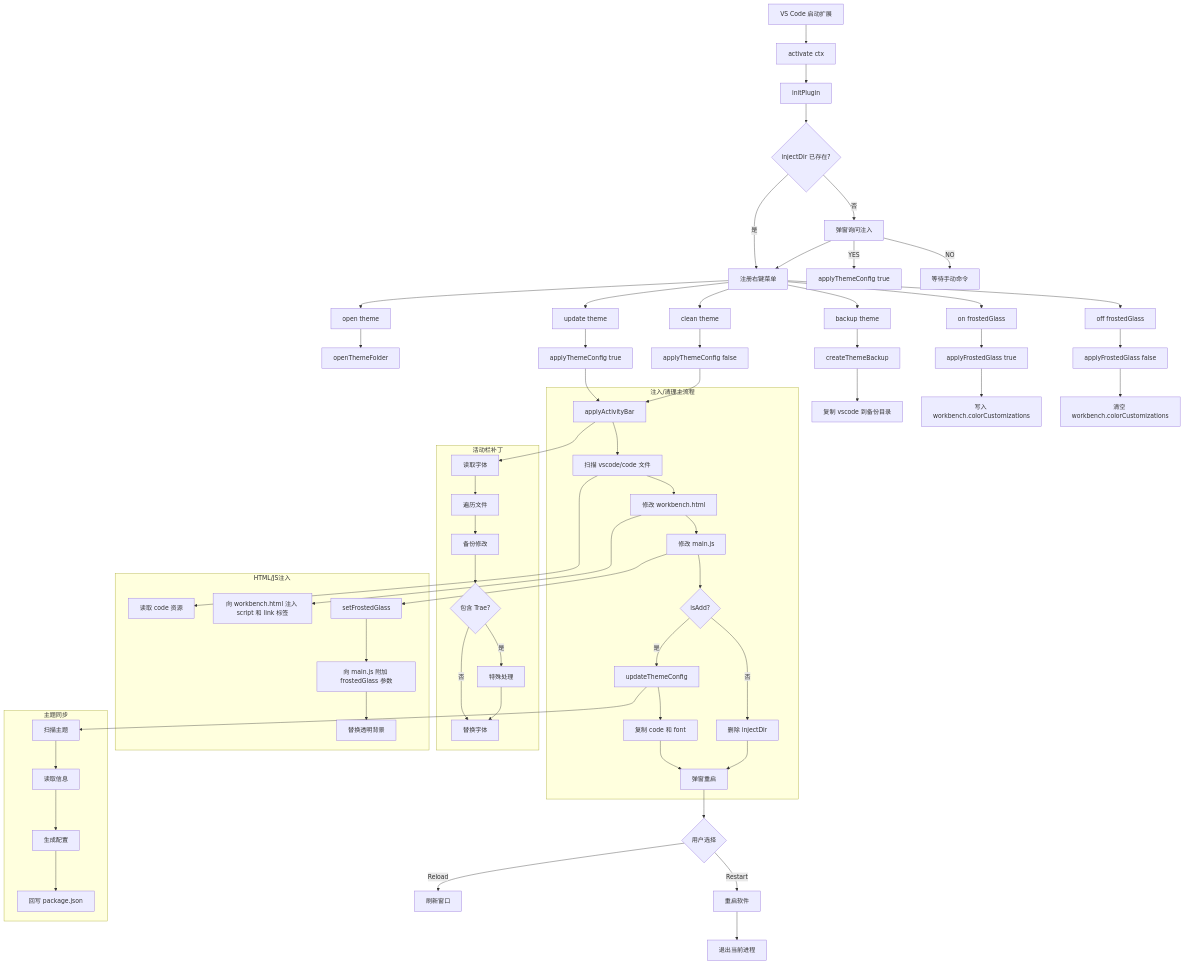
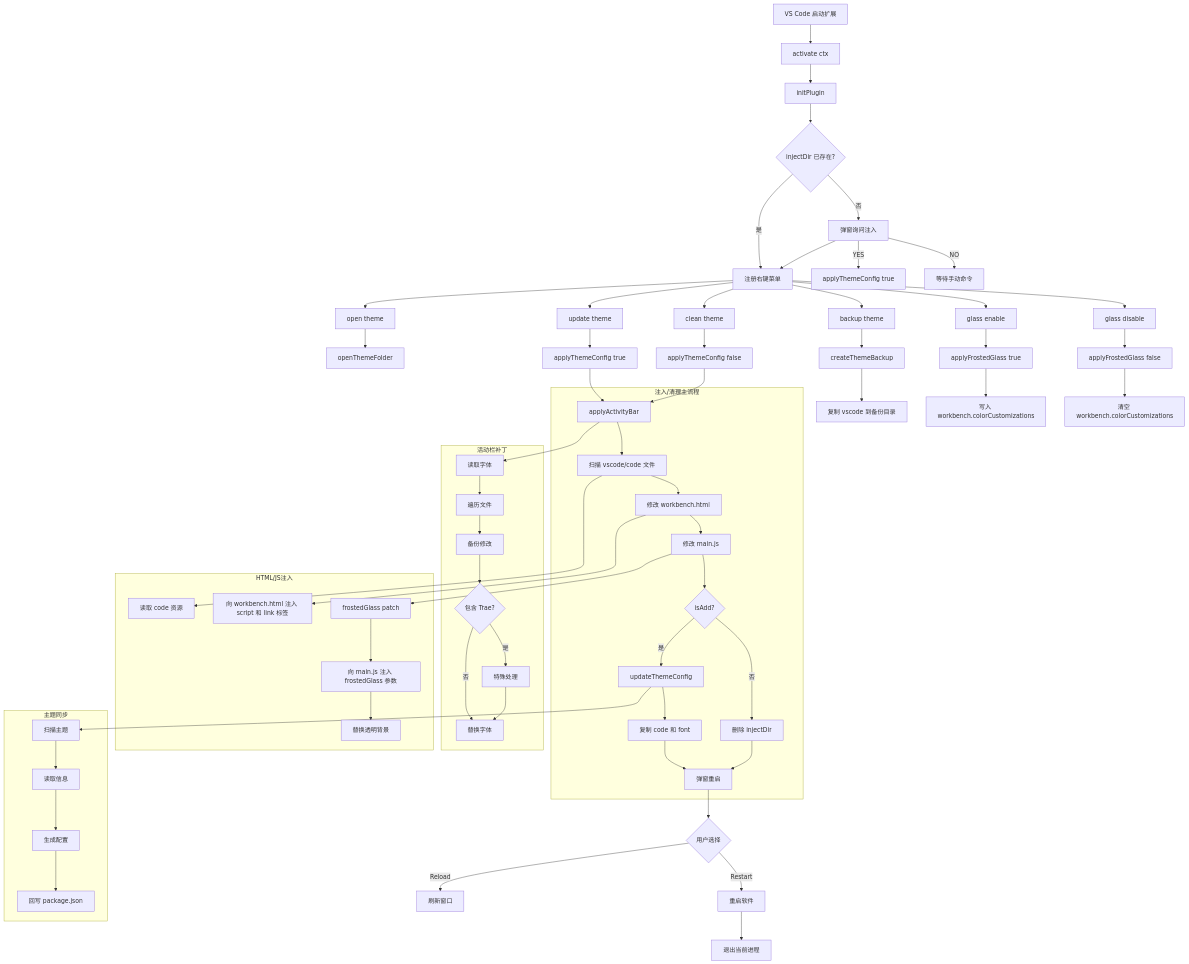
The diagram in FLOW.md (wangmings/macintosh-ui), drawn with Mermaid before and after one commit. The commit also changed other lines of this file and 15 other files, not shown here.

```diff
--- a/FLOW.md
+++ b/FLOW.md
@@ -18,8 +18,8 @@
     H --> I2[update theme]
     H --> I3[clean theme]
     H --> I4[backup theme]
-    H --> I5[on frostedGlass]
-    H --> I6[off frostedGlass]
+    H --> I5[glass enable]
+    H --> I6[glass disable]
 
     I1 --> J1[openThemeFolder]
     I2 --> K[applyThemeConfig true]
@@ -75,8 +75,8 @@
     subgraph R[HTML/JS注入]
         R1[读取 code 资源]
         R2[向 workbench.html 注入 script 和 link 标签]
-        R3[setFrostedGlass]
-        R4[向 main.js 附加 frostedGlass 参数]
+        R3[frostedGlass patch]
+        R4[向 main.js 注入 frostedGlass 参数]
         R5[替换透明背景]
     end
 
```
